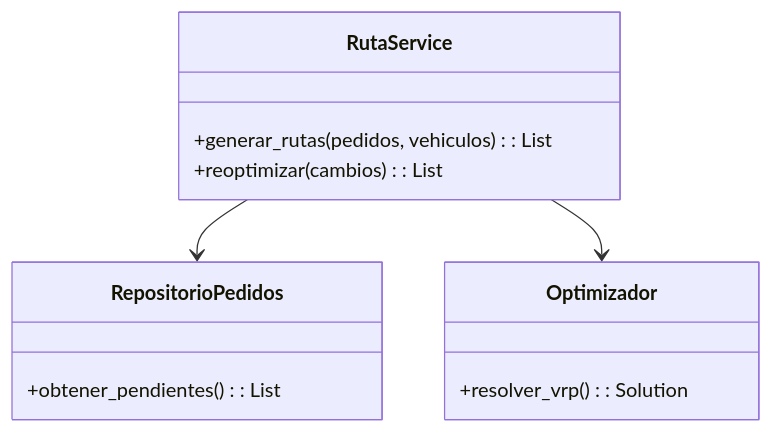
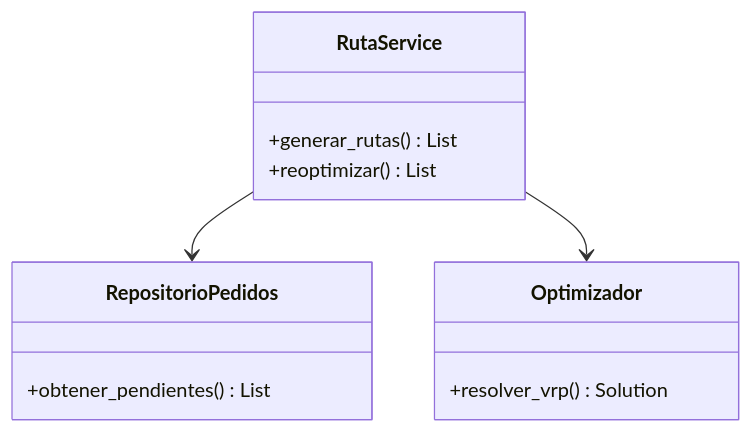
One commit to UmbraFlare-code/PathSeek changed the fourth of 4 diagrams in docs/01 Inicio/12. Modelo C4 V_1_0_0.md. Above: the diagram before and after it, drawn with Mermaid. The commit also changed other lines of this file, not shown here.

Commit message:
docs: actualizar los diagramas Mermaid del documento 12. Modelo C4

````diff
--- a/docs/01 Inicio/12. Modelo C4 V_1_0_0.md
+++ b/docs/01 Inicio/12. Modelo C4 V_1_0_0.md
@@ -86,15 +86,15 @@
 ```mermaid
 classDiagram
     class RutaService {
-        +generar_rutas(pedidos, vehiculos) : List
-        +reoptimizar(cambios) : List
+        +generar_rutas() List
+        +reoptimizar() List
     }
     class RepositorioPedidos {
-        +obtener_pendientes() : List
+        +obtener_pendientes() List
     }
     class Optimizador {
-        +resolver_vrp() : Solution
+        +resolver_vrp() Solution
     }
     RutaService --> RepositorioPedidos
     RutaService --> Optimizador
 ```
````
